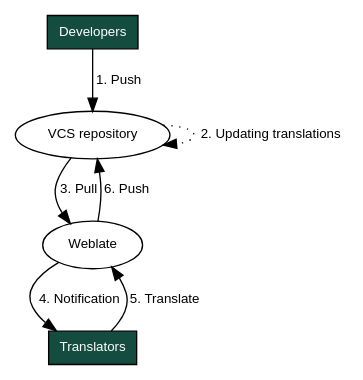
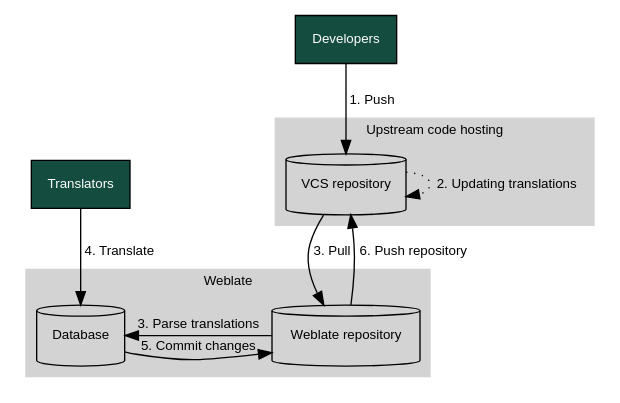
The diagram in docs/admin/continuous.rst (WeblateOrg/weblate), drawn with Graphviz before and after one commit. The commit also changed other lines of this file and 3 other files, not shown here.

First line of the commit message:
docs: include database/repo split on continuous localization

```diff
--- a/docs/admin/continuous.rst
+++ b/docs/admin/continuous.rst
@@ -24,22 +24,46 @@
 .. graphviz::
 
     digraph translations {
-        graph [fontname = "sans-serif", fontsize=10];
-        node [fontname = "sans-serif", fontsize=10, margin=0.1, height=0];
+        graph [fontname = "sans-serif", fontsize=10, ranksep=0.6, newrank=true];
+        node [fontname = "sans-serif", fontsize=10, margin=0.15];
         edge [fontname = "sans-serif", fontsize=10];
+
+         subgraph cluster_codehosting {
+            rank=same;
+            graph [color=lightgrey,
+               label="Upstream code hosting",
+               style=filled
+            ];
+
+            "VCS repository" [shape=cylinder];
+         }
+
+         subgraph cluster_weblate {
+            rank=same;
+            graph [color=lightgrey,
+               label="Weblate",
+               style=filled
+            ];
+
+            repo [label="Weblate repository",
+               shape=cylinder];
+            database [label=Database,
+               shape=cylinder];
+         }
 
         "Developers" [shape=box, fillcolor="#144d3f", fontcolor=white, style=filled];
         "Translators" [shape=box, fillcolor="#144d3f", fontcolor=white, style=filled];
 
         "Developers" -> "VCS repository" [label=" 1. Push "];
 
         "VCS repository" -> "VCS repository" [label=" 2. Updating translations ", style=dotted];
 
-        "VCS repository" -> "Weblate" [label=" 3. Pull "];
+        "VCS repository" -> repo [label=" 3. Pull "];
+        repo -> database [label=" 3. Parse translations "];
 
-        "Weblate" -> "Translators" [label=" 4. Notification "];
+        "database" -> repo [label=" 5. Commit changes "];
 
-        "Translators" -> "Weblate" [label=" 5. Translate "];
+        "Translators" -> "database" [label=" 4. Translate "];
 
-        "Weblate" -> "VCS repository" [label=" 6. Push "];
+        "repo" -> "VCS repository" [label=" 6. Push repository "];
     }
```
